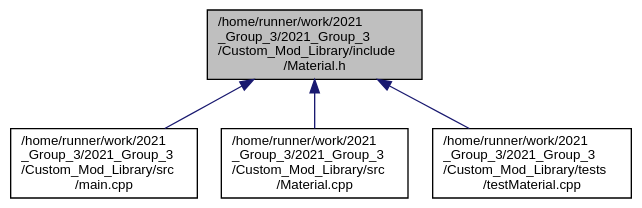
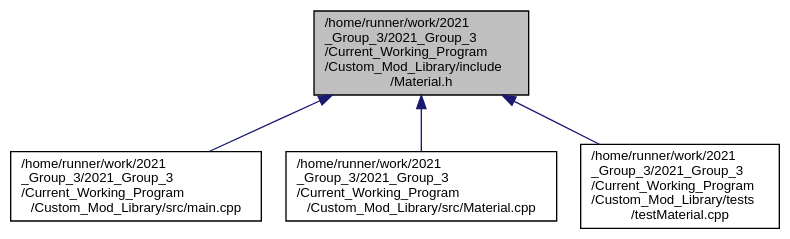
One commit to ejagombar/2021_Group_3 changed the diagram in _material_8h__dep__incl.dot. Above: the diagram before and after it, drawn with Graphviz. The commit also changed 69 other files, not shown here.

```diff
--- a/_material_8h__dep__incl.dot
+++ b/_material_8h__dep__incl.dot
@@ -1,14 +1,14 @@
-digraph "/home/runner/work/2021_Group_3/2021_Group_3/Custom_Mod_Library/include/Material.h"
+digraph "/home/runner/work/2021_Group_3/2021_Group_3/Current_Working_Program/Custom_Mod_Library/include/Material.h"
 {
  // LATEX_PDF_SIZE
   bgcolor="transparent";
   edge [fontname="Helvetica",fontsize="10",labelfontname="Helvetica",labelfontsize="10"];
   node [fontname="Helvetica",fontsize="10",shape=record];
-  Node1 [label="/home/runner/work/2021\l_Group_3/2021_Group_3\l/Custom_Mod_Library/include\l/Material.h",height=0.2,width=0.4,color="black", fillcolor="grey75", style="filled", fontcolor="black",tooltip="Class used to store Materials for the Model class."];
+  Node1 [label="/home/runner/work/2021\l_Group_3/2021_Group_3\l/Current_Working_Program\l/Custom_Mod_Library/include\l/Material.h",height=0.2,width=0.4,color="black", fillcolor="grey75", style="filled", fontcolor="black",tooltip="Class used to store Materials for the Model class."];
   Node1 -> Node2 [dir="back",color="midnightblue",fontsize="10",style="solid",fontname="Helvetica"];
-  Node2 [label="/home/runner/work/2021\l_Group_3/2021_Group_3\l/Custom_Mod_Library/src\l/main.cpp",height=0.2,width=0.4,color="black",URL="$_custom___mod___library_2src_2main_8cpp.html",tooltip=" "];
+  Node2 [label="/home/runner/work/2021\l_Group_3/2021_Group_3\l/Current_Working_Program\l/Custom_Mod_Library/src/main.cpp",height=0.2,width=0.4,color="black",URL="$_custom___mod___library_2src_2main_8cpp.html",tooltip=" "];
   Node1 -> Node3 [dir="back",color="midnightblue",fontsize="10",style="solid",fontname="Helvetica"];
-  Node3 [label="/home/runner/work/2021\l_Group_3/2021_Group_3\l/Custom_Mod_Library/src\l/Material.cpp",height=0.2,width=0.4,color="black",URL="$_material_8cpp.html",tooltip=" "];
+  Node3 [label="/home/runner/work/2021\l_Group_3/2021_Group_3\l/Current_Working_Program\l/Custom_Mod_Library/src/Material.cpp",height=0.2,width=0.4,color="black",URL="$_material_8cpp.html",tooltip=" "];
   Node1 -> Node4 [dir="back",color="midnightblue",fontsize="10",style="solid",fontname="Helvetica"];
-  Node4 [label="/home/runner/work/2021\l_Group_3/2021_Group_3\l/Custom_Mod_Library/tests\l/testMaterial.cpp",height=0.2,width=0.4,color="black",URL="$test_material_8cpp.html",tooltip=" "];
+  Node4 [label="/home/runner/work/2021\l_Group_3/2021_Group_3\l/Current_Working_Program\l/Custom_Mod_Library/tests\l/testMaterial.cpp",height=0.2,width=0.4,color="black",URL="$test_material_8cpp.html",tooltip=" "];
 }
```
